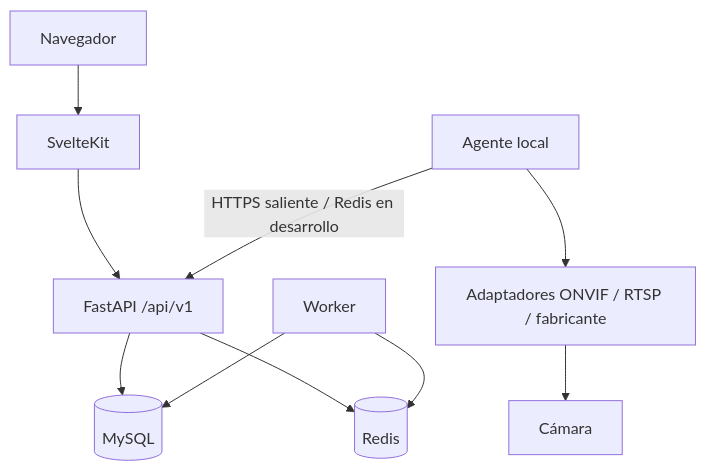
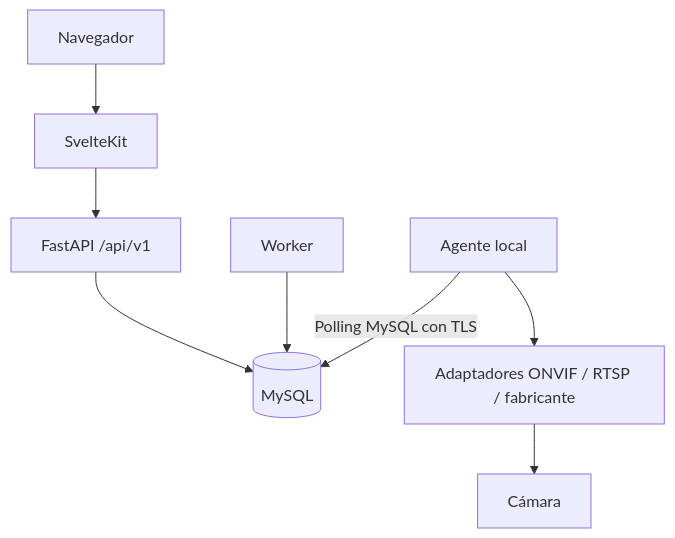
Before and after one commit to developerlhc/camara_ia: the first of 2 diagrams in docs/ARCHITECTURE.md, drawn with Mermaid. The commit also changed other lines of this file and 28 other files, not shown here.

Commit message:
replace Redis coordination with MySQL

````diff
--- a/docs/ARCHITECTURE.md
+++ b/docs/ARCHITECTURE.md
@@ -13,12 +13,10 @@
 ```mermaid
 flowchart TD
   Browser[Navegador] --> Web[SvelteKit]
   Web --> API[FastAPI /api/v1]
   API --> DB[(MySQL)]
-  API --> Redis[(Redis)]
   Worker[Worker] --> DB
-  Worker --> Redis
-  Agent[Agente local] -->|HTTPS saliente / Redis en desarrollo| API
+  Agent[Agente local] -->|Polling MySQL con TLS| DB
   Agent --> Adapters[Adaptadores ONVIF / RTSP / fabricante]
   Adapters --> Camera[Cámara]
 ```
````
